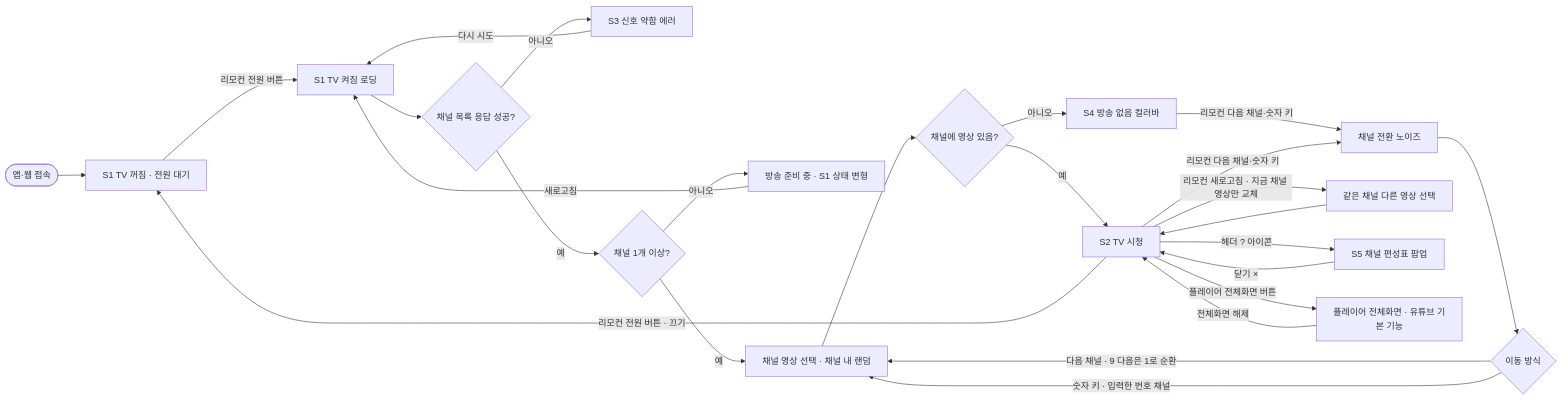
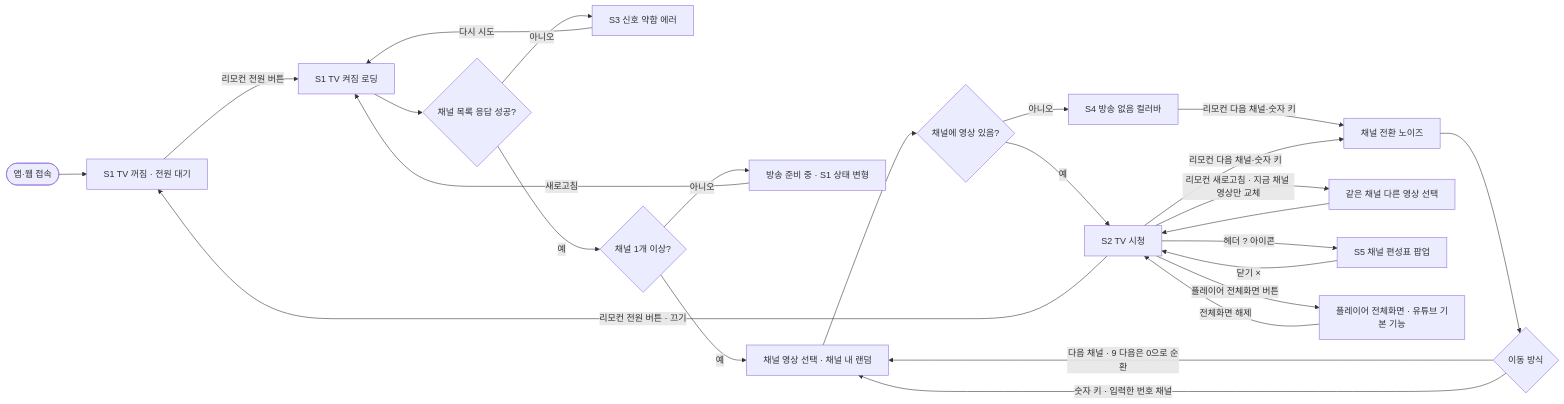
Before and after one commit to neordinary-hackathon-2/nerodinary_hackathon: the diagram in docs/planning/03-flow.md, drawn with Mermaid. The commit also changed other lines of this file and 1 other file, not shown here.

Commit message:
docs: 0번 컬러바 채널 복원 (채널 0~9, 시작은 1번, 9 다음은 0)

````diff
--- a/docs/planning/03-flow.md
+++ b/docs/planning/03-flow.md
@@ -12,25 +12,25 @@
 ```mermaid
 flowchart LR
   A([앱·웹 접속]) --> O[S1 TV 꺼짐 · 전원 대기]
   O -->|리모컨 전원 버튼| B[S1 TV 켜짐 로딩]
   C -->|리모컨 전원 버튼 · 끄기| O
   B --> Q1{채널 목록 응답 성공?}
   Q1 -->|아니오| E[S3 신호 약함 에러]
   E -->|다시 시도| B
   Q1 -->|예| Q2{채널 1개 이상?}
   Q2 -->|아니오| G[방송 준비 중 · S1 상태 변형]
   G -->|새로고침| B
   Q2 -->|예| P[채널 영상 선택 · 채널 내 랜덤]
   P --> Q3{채널에 영상 있음?}
   Q3 -->|예| C[S2 TV 시청]
   Q3 -->|아니오| F[S4 방송 없음 컬러바]
   F -->|리모컨 다음 채널·숫자 키| D
   C -->|리모컨 다음 채널·숫자 키| D[채널 전환 노이즈]
   C -->|리모컨 새로고침 · 지금 채널 영상만 교체| P2[같은 채널 다른 영상 선택] --> C
   C -->|헤더 ? 아이콘| T[S5 채널 편성표 팝업] -->|닫기 ×| C
   C -->|플레이어 전체화면 버튼| H[플레이어 전체화면 · 유튜브 기본 기능]
   H -->|전체화면 해제| C
   D --> Q4{이동 방식}
-  Q4 -->|다음 채널 · 9 다음은 1로 순환| P
+  Q4 -->|다음 채널 · 9 다음은 0으로 순환| P
   Q4 -->|숫자 키 · 입력한 번호 채널| P
 ```
````
